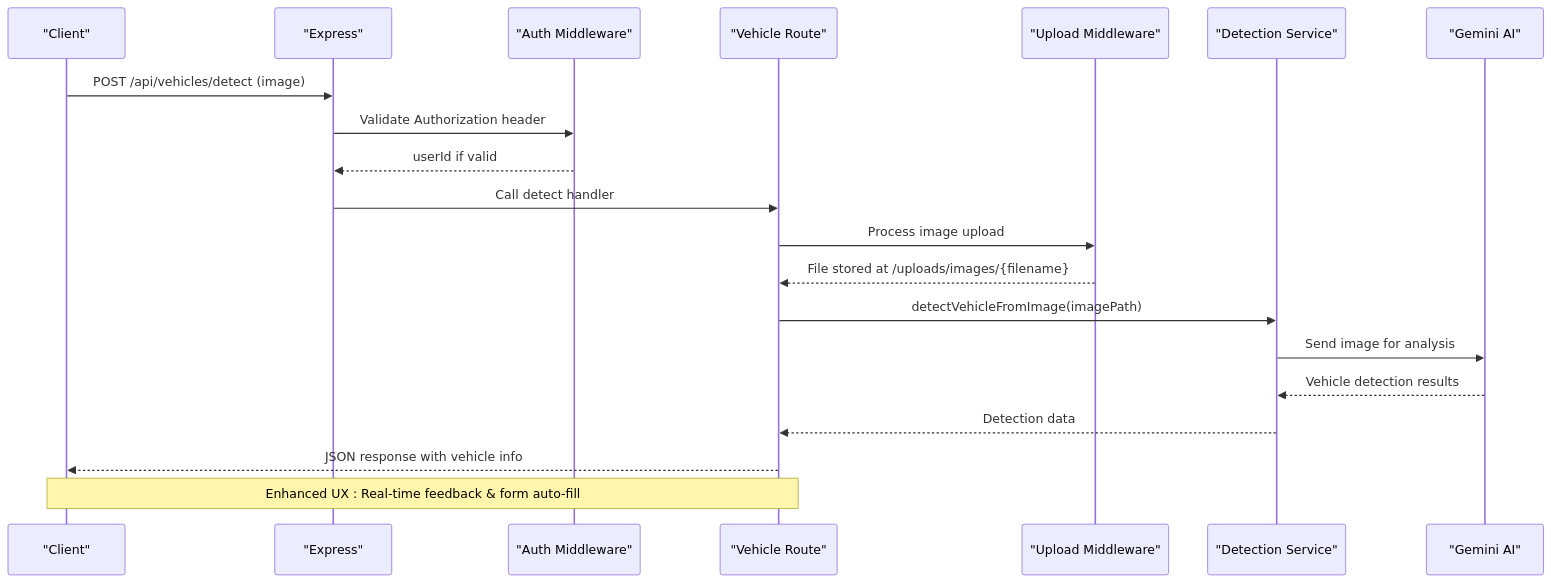
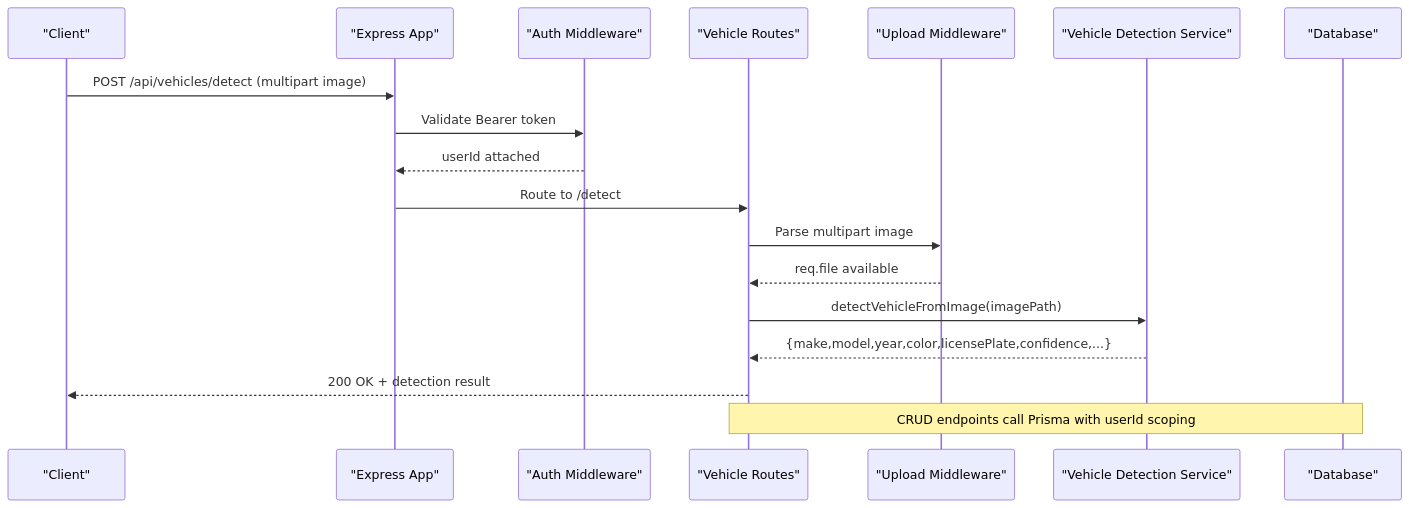
The second of 2 diagrams in .qoder/repowiki/en/content/API Reference/Vehicles API.md (NaveenHiranya/Smart-Vehicle-Insurance-Claim-System), drawn with Mermaid before and after one commit. The commit also changed other lines of this file and 183 other files, not shown here.

````diff
--- a/.qoder/repowiki/en/content/API Reference/Vehicles API.md
+++ b/.qoder/repowiki/en/content/API Reference/Vehicles API.md
@@ -85,22 +89,20 @@
 ```mermaid
 sequenceDiagram
 participant C as "Client"
-participant E as "Express"
+participant E as "Express App"
 participant A as "Auth Middleware"
-participant R as "Vehicle Route"
+participant R as "Vehicle Routes"
 participant U as "Upload Middleware"
-participant S as "Detection Service"
-participant G as "Gemini AI"
-C->>E : POST /api/vehicles/detect (image)
-E->>A : Validate Authorization header
-A-->>E : userId if valid
-E->>R : Call detect handler
-R->>U : Process image upload
-U-->>R : File stored at /uploads/images/{filename}
+participant S as "Vehicle Detection Service"
+participant D as "Database"
+C->>E : POST /api/vehicles/detect (multipart image)
+E->>A : Validate Bearer token
+A-->>E : userId attached
+E->>R : Route to /detect
+R->>U : Parse multipart image
+U-->>R : req.file available
 R->>S : detectVehicleFromImage(imagePath)
-S->>G : Send image for analysis
-G-->>S : Vehicle detection results
-S-->>R : Detection data
-R-->>C : JSON response with vehicle info
-Note over C,R : Enhanced UX : Real-time feedback & form auto-fill
+S-->>R : {make,model,year,color,licensePlate,confidence,...}
+R-->>C : 200 OK + detection result
+Note over R,D : CRUD endpoints call Prisma with userId scoping
 ```
````
